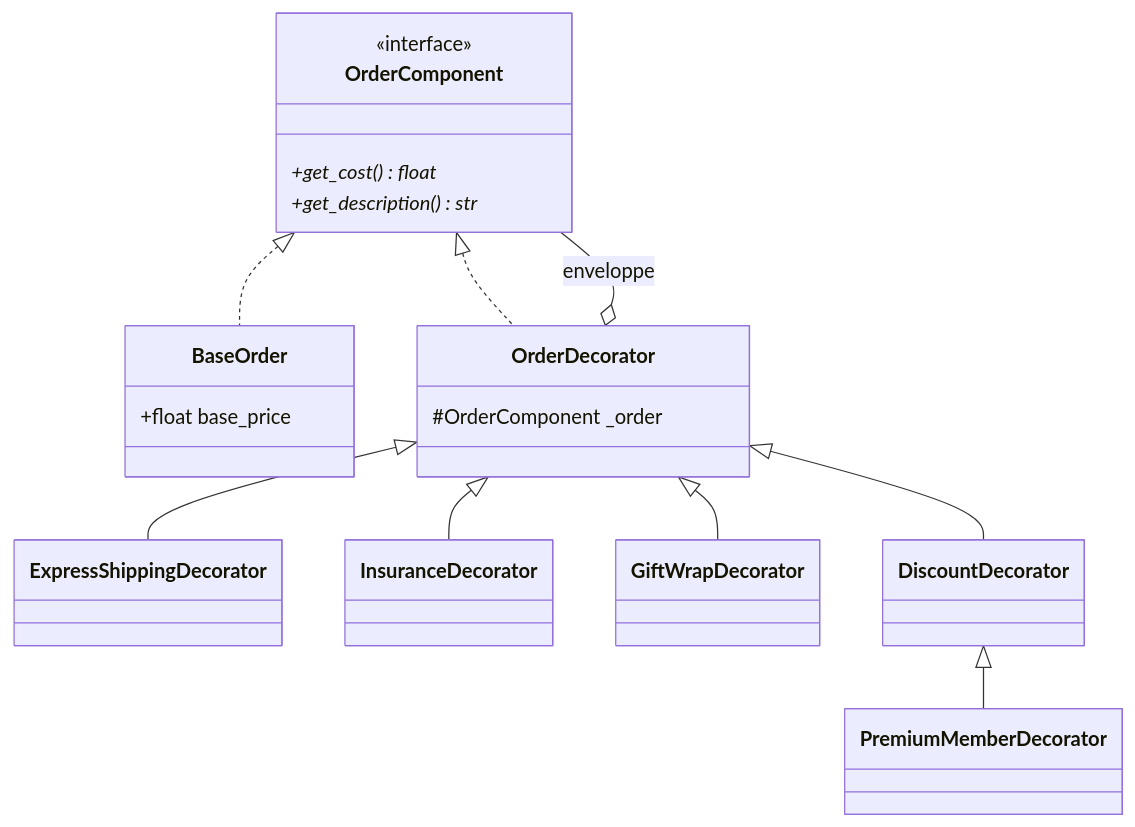
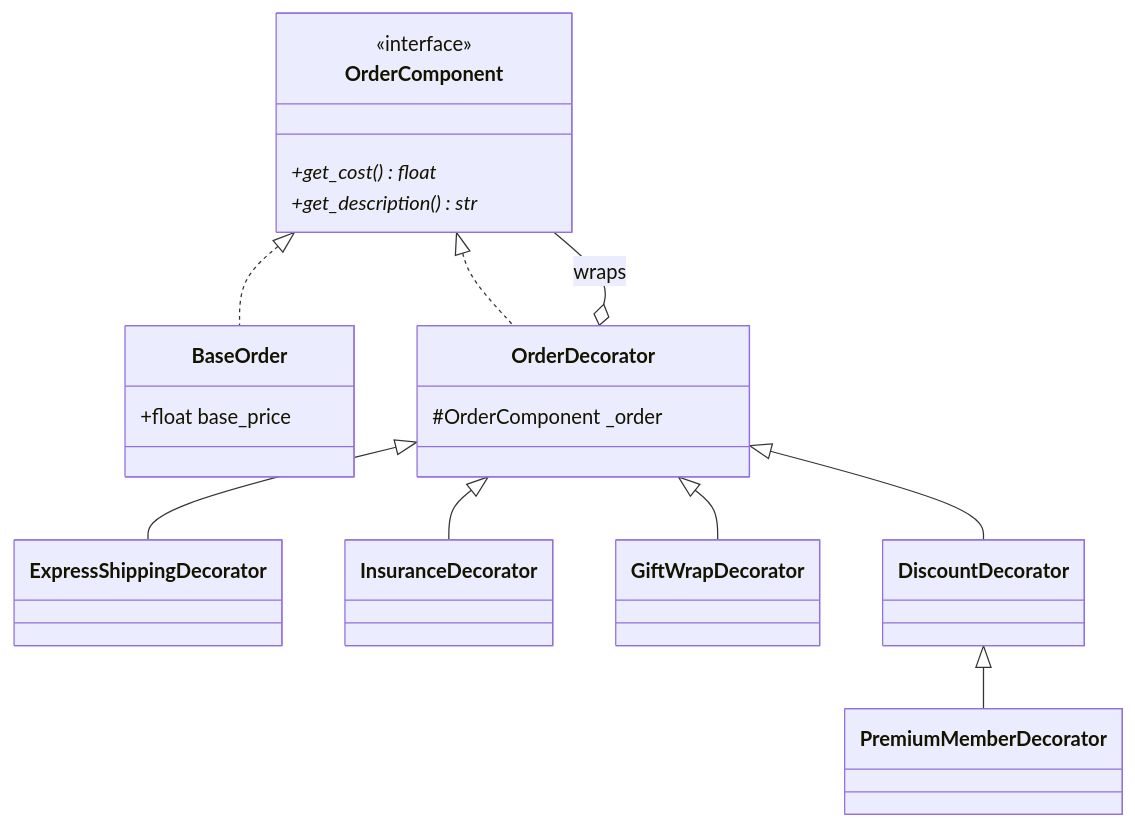
The fifth of 7 diagrams in 05_design_patterns/README.md (OthmanChennaoui/oop-aidams-2a-exercices), drawn with Mermaid before and after one commit. The commit also changed other lines of this file and 32 other files, not shown here.

````diff
--- a/05_design_patterns/README.md
+++ b/05_design_patterns/README.md
@@ -132,22 +132,22 @@
 ```mermaid
 classDiagram
     class OrderComponent {
         <<interface>>
         +get_cost()* float
         +get_description()* str
     }
     class BaseOrder {
         +float base_price
     }
     class OrderDecorator {
         #OrderComponent _order
     }
     OrderComponent <|.. BaseOrder
     OrderComponent <|.. OrderDecorator
-    OrderDecorator o-- OrderComponent : enveloppe
+    OrderDecorator o-- OrderComponent : wraps
     OrderDecorator <|-- ExpressShippingDecorator
     OrderDecorator <|-- InsuranceDecorator
     OrderDecorator <|-- GiftWrapDecorator
     OrderDecorator <|-- DiscountDecorator
     DiscountDecorator <|-- PremiumMemberDecorator
 ```
````
